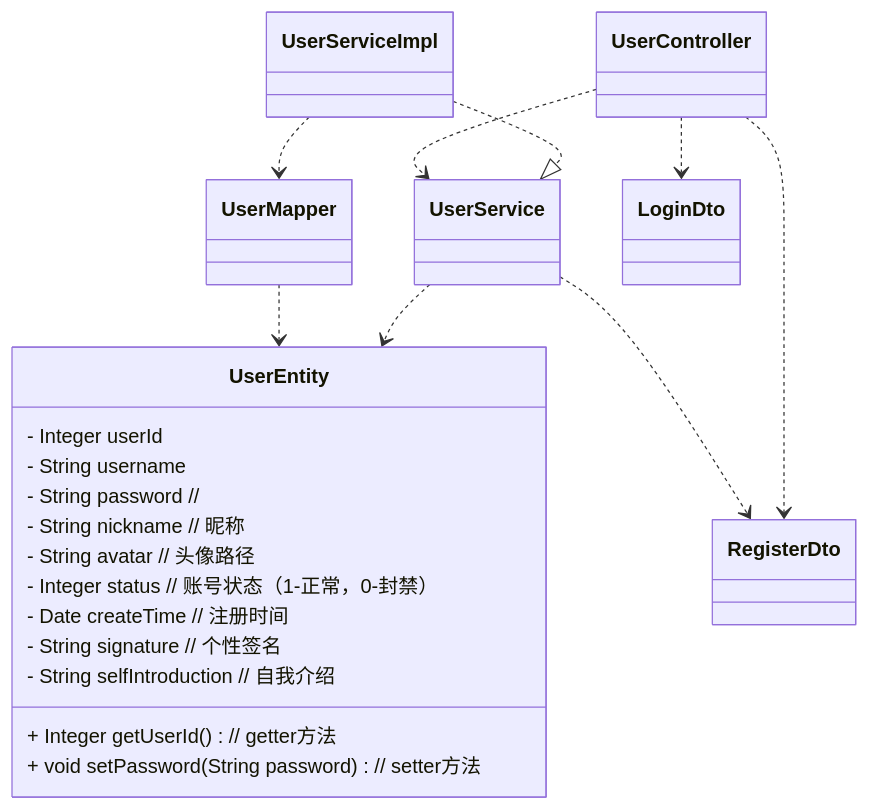
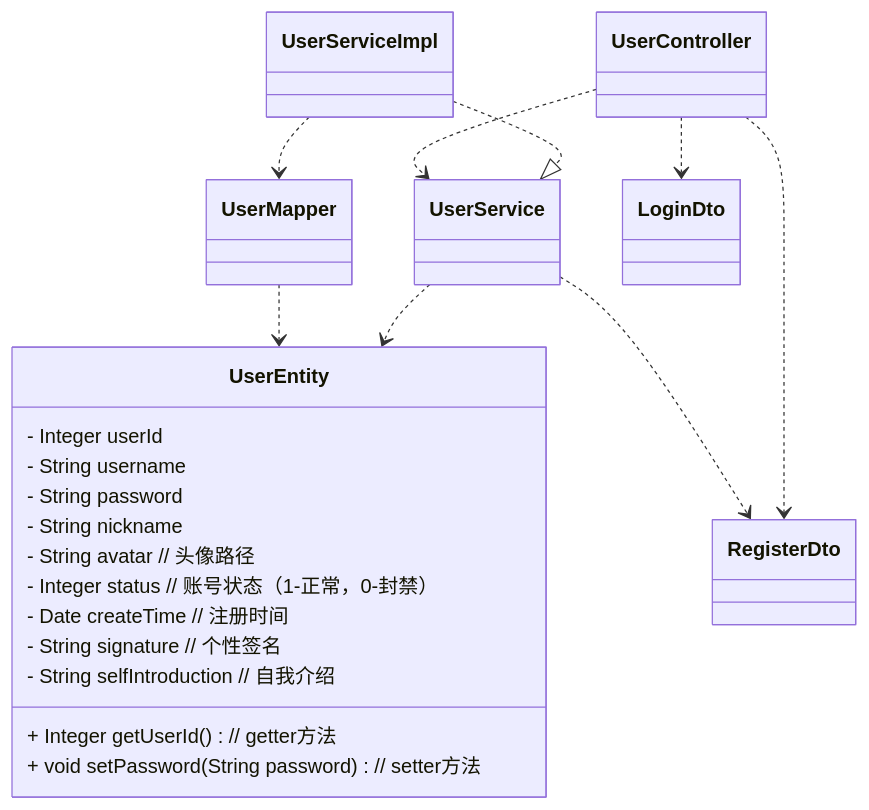
The diagram in all/未命名-1.md (DEbalanceUX/iodraw-files), drawn with Mermaid before and after one commit.

Commit message:
2025-12-10 22:51:08 update

````diff
--- a/all/未命名-1.md
+++ b/all/未命名-1.md
@@ -1,32 +1,32 @@
 ```mermaid
 classDiagram
     %% 实现关系：ServiceImpl 实现 Service 接口
     UserServiceImpl ..|> UserService
     %% 依赖关系：Controller 依赖 Service / ServiceImpl 依赖 Mapper
     UserController ..> UserService
     UserServiceImpl ..> UserMapper
     %% 关联关系：核心数据载体关联
     UserService ..> UserEntity
     UserMapper ..> UserEntity
     UserController ..> LoginDto
     UserController ..> RegisterDto
     UserService ..> RegisterDto
 
     %% 用户实体类（存储用户核心数据）
     class UserEntity {
         - Integer userId       
         - String username   
-        - String password      // 
-        - String nickname      // 昵称
+        - String password       
+        - String nickname
         - String avatar        // 头像路径
         - Integer status       // 账号状态（1-正常，0-封禁）
         - Date createTime      // 注册时间
         - String signature     // 个性签名
         - String selfIntroduction // 自我介绍
         + Integer getUserId()  // getter方法
         + void setPassword(String password) // setter方法
     }
 
 
     
 ```
````
